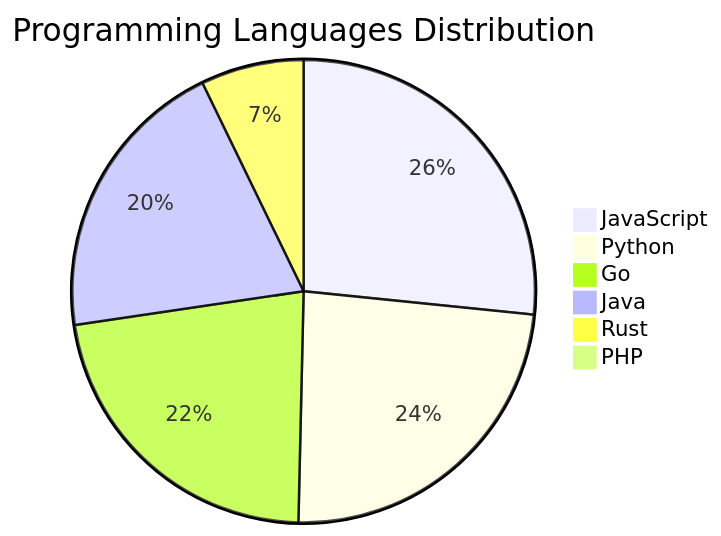
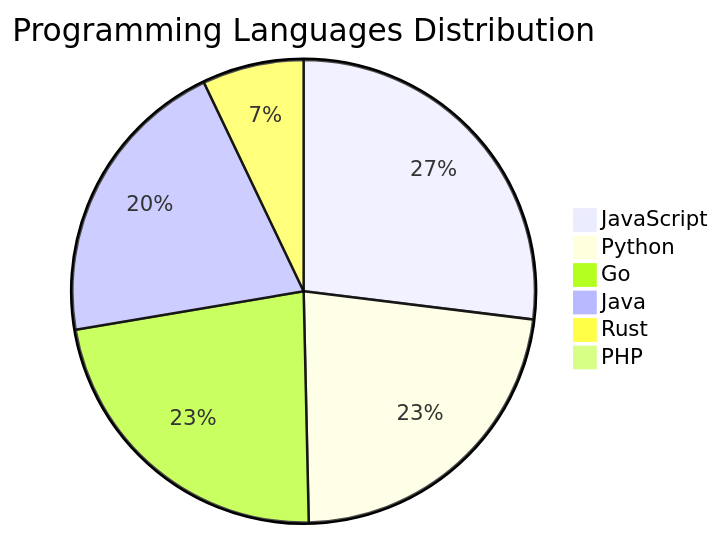
One commit to Derrick-MUGISHA/github-activity-bot changed the diagram in README.md. Above: the diagram before and after it, drawn with Mermaid. The commit also changed other lines of this file and 4 other files, not shown here.

````diff
--- a/README.md
+++ b/README.md
@@ -206,9 +206,9 @@
 ```mermaid
 pie title Programming Languages Distribution
-    "JavaScript" : 37
-    "Python" : 33
-    "Go" : 31
-    "Java" : 28
+    "JavaScript" : 38
+    "Python" : 32
+    "Go" : 32
+    "Java" : 29
     "Rust" : 10
     "PHP" : 1
 ```
````
